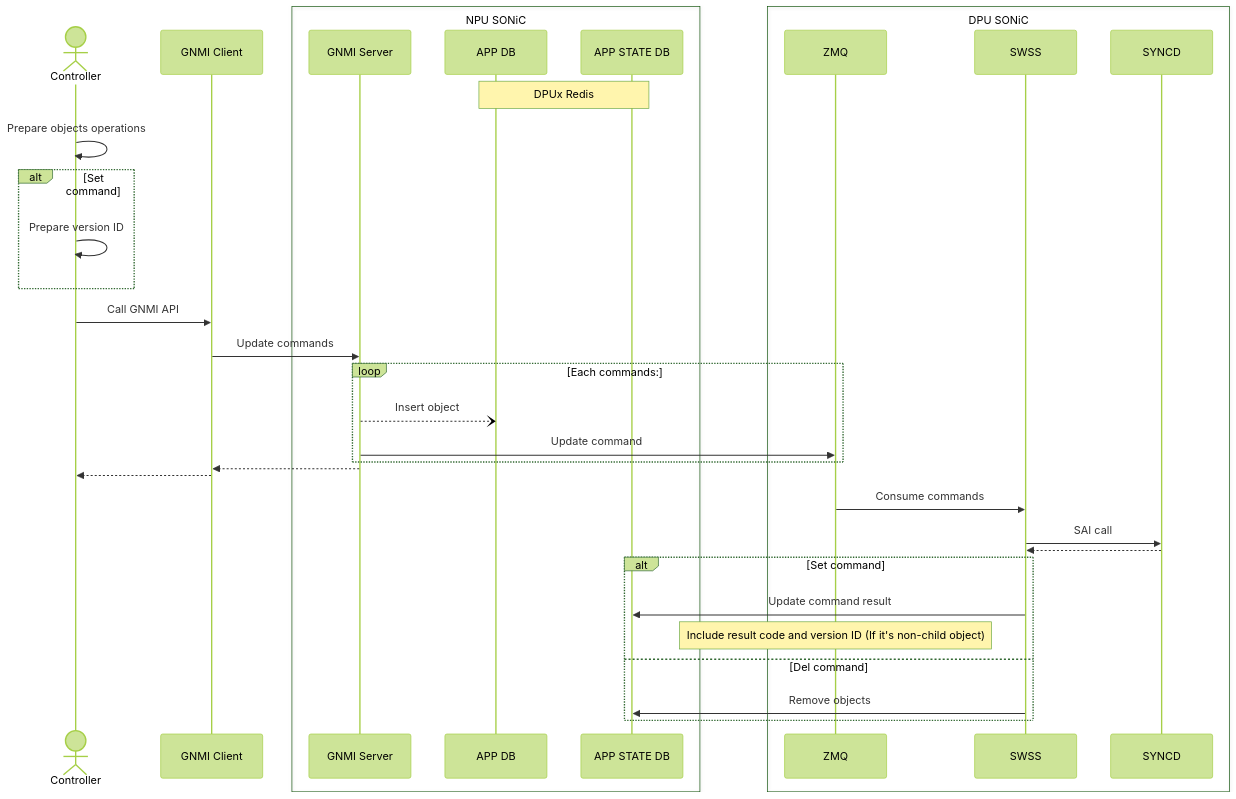
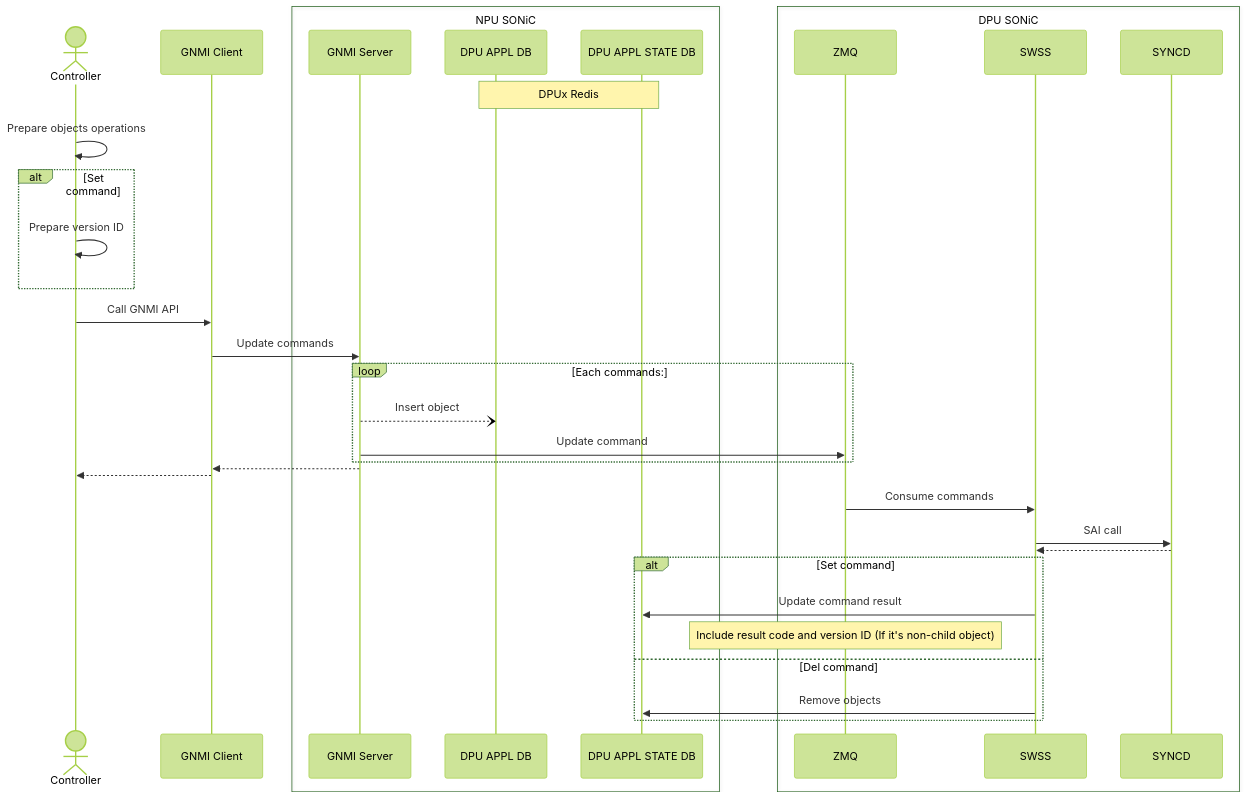
Before and after one commit to sonic-net/SONiC: the first of 3 diagrams in doc/smart-switch/gnmi-feedback/smart-switch-gnmi-feedback-design.md, drawn with Mermaid (forest theme). The commit also changed other lines of this file, not shown here.

````diff
--- a/doc/smart-switch/gnmi-feedback/smart-switch-gnmi-feedback-design.md
+++ b/doc/smart-switch/gnmi-feedback/smart-switch-gnmi-feedback-design.md
@@ -47,39 +46,39 @@
 ```mermaid
 sequenceDiagram
     actor CTR as Controller
     participant GC as GNMI Client
     box NPU SONiC
         participant GS as GNMI Server
-        participant AD as APP DB
-        participant ASD as APP STATE DB
+        participant AD as DPU APPL DB
+        participant ASD as DPU APPL STATE DB
     end
     Note over AD, ASD: DPUx Redis
     box DPU SONiC
         participant ZMQ as ZMQ
         participant SW as SWSS
         participant SY as SYNCD
     end
 
     CTR ->> CTR: Prepare objects operations
     alt Set command
         CTR ->> CTR: Prepare version ID
     end
     CTR ->> GC: Call GNMI API
     GC ->> GS: Update commands
     loop Each commands:
         GS --) AD: Insert object
         GS ->> ZMQ: Update command
     end
     GS -->> GC: 
     GC -->> CTR: 
     ZMQ ->> SW: Consume commands
     SW ->> SY: SAI call
     SY -->> SW: 
     alt Set command
         SW ->> ASD: Update command result
         Note over ZMQ: Include result code and version ID (If it's non-child object)
     else Del command
         SW ->> ASD: Remove objects
     end
 
 ```
````
